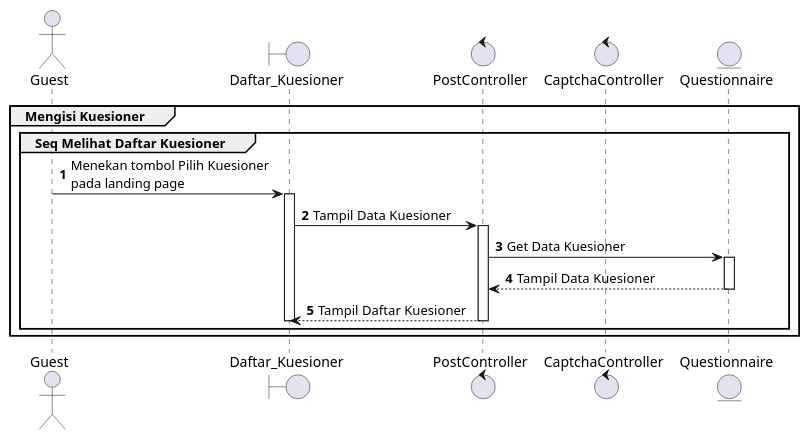
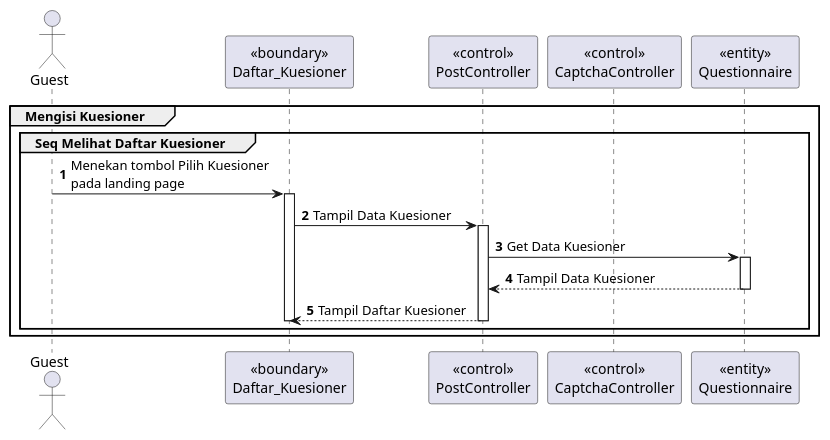
Before and after one commit to Churma16/indeks-kepuasan-masyarakat: the diagram in documentation/SequenceDiagram/lihatKuesionerGuestSD.puml, drawn with PlantUML. The commit also changed 11 other files, not shown here.

```diff
--- a/documentation/SequenceDiagram/lihatKuesionerGuestSD.puml
+++ b/documentation/SequenceDiagram/lihatKuesionerGuestSD.puml
@@ -1,27 +1,27 @@
 @startuml Interaction Memilih Kuesioner
 autonumber
 
 actor "Guest" as A
-boundary "Daftar_Kuesioner" as daftar
-' boundary "Detail_Kuesioner" as detail    
-control "PostController" as pcontrol
-control "CaptchaController" as ccontrol
-entity "Questionnaire" as q
-' entity "Question" as qn
+participant "<<boundary>>\nDaftar_Kuesioner" as daftar
+' participant "<<boundary>>\nDetail_Kuesioner" as detail    
+participant "<<control>>\nPostController" as pcontrol
+participant "<<control>>\nCaptchaController" as ccontrol
+participant "<<entity>>\nQuestionnaire" as q
+' participant "<<entity>>\nQuestion" as qn
 
 group Mengisi Kuesioner
     group Seq Melihat Daftar Kuesioner
         A -> daftar: Menekan tombol Pilih Kuesioner \npada landing page
         activate daftar
                 daftar -> pcontrol: Tampil Data Kuesioner
                 activate pcontrol
                 pcontrol -> q: Get Data Kuesioner
                 activate q
                 q --> pcontrol: Tampil Data Kuesioner
                 deactivate q
                 pcontrol--> daftar: Tampil Daftar Kuesioner
             deactivate pcontrol
         deactivate daftar
     end
 end
 @enduml
```
